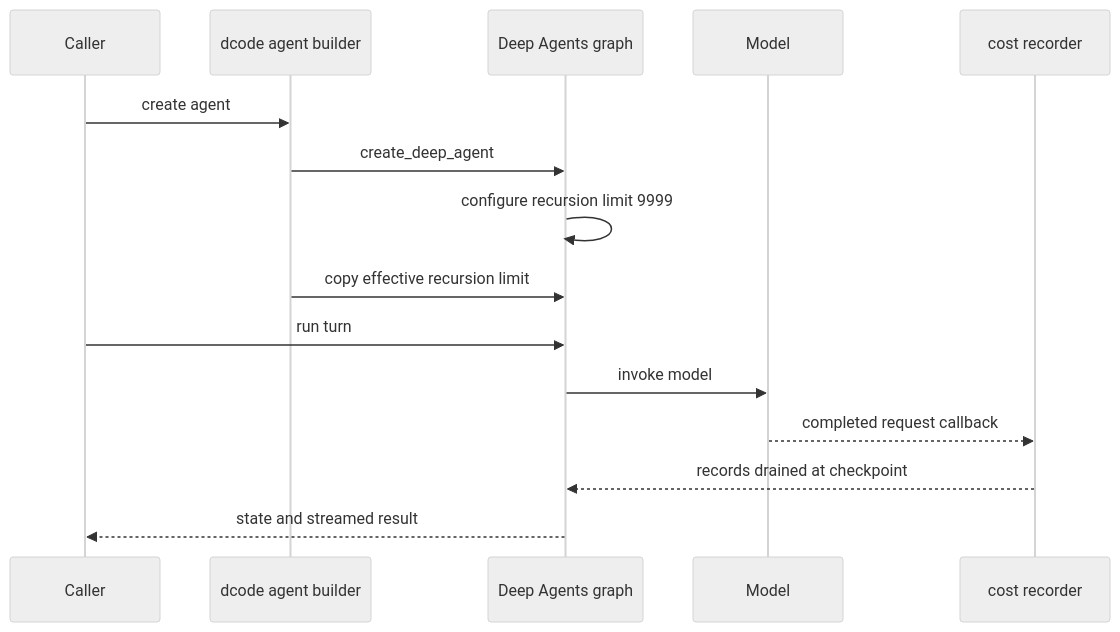
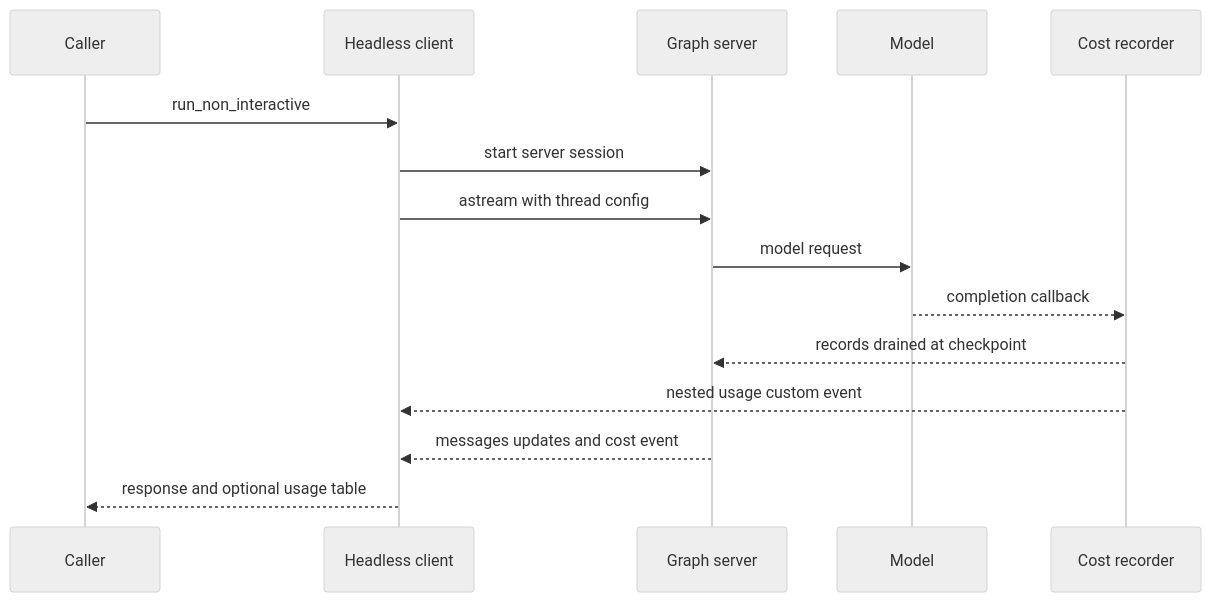
The diagram in openwiki/runtime-behavior.md (langchain-ai/deepagents), drawn with Mermaid (neutral theme) before and after one commit. The commit also changed other lines of this file and 39 other files, not shown here.

````diff
--- a/openwiki/runtime-behavior.md
+++ b/openwiki/runtime-behavior.md
@@ -39,17 +41,17 @@
 ```mermaid
 sequenceDiagram
     participant Caller
-    participant Dcode as dcode agent builder
-    participant SDK as Deep Agents graph
+    participant Client as Headless client
+    participant Server as Graph server
     participant Model
-    participant Cost as cost recorder
-    Caller->>Dcode: create agent
-    Dcode->>SDK: create_deep_agent
-    SDK->>SDK: configure recursion limit 9999
-    Dcode->>SDK: copy effective recursion limit
-    Caller->>SDK: run turn
-    SDK->>Model: invoke model
-    Model-->>Cost: completed request callback
-    Cost-->>SDK: records drained at checkpoint
-    SDK-->>Caller: state and streamed result
+    participant Recorder as Cost recorder
+    Caller->>Client: run_non_interactive
+    Client->>Server: start server session
+    Client->>Server: astream with thread config
+    Server->>Model: model request
+    Model-->>Recorder: completion callback
+    Recorder-->>Server: records drained at checkpoint
+    Recorder-->>Client: nested usage custom event
+    Server-->>Client: messages updates and cost event
+    Client-->>Caller: response and optional usage table
 ```
````
